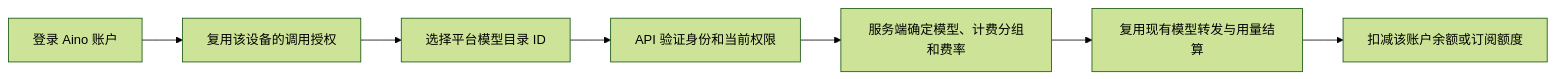
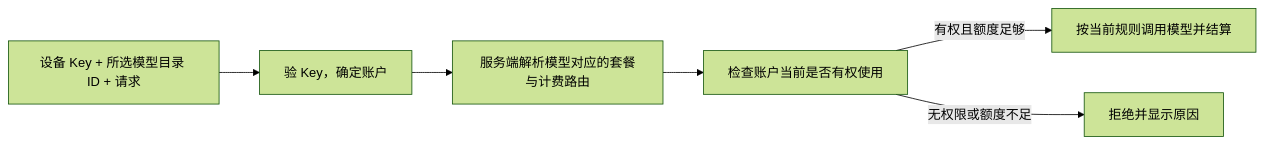
One commit to OneWhitepaper/Aino changed the diagram in docs/aino-platform/account-direct-model-access-proposal.md. Above: the diagram before and after it, drawn with Mermaid (forest theme). The commit also changed other lines of this file, not shown here.

Commit message:
docs(auth): plan one permanent key per device with request billing

````diff
--- a/docs/aino-platform/account-direct-model-access-proposal.md
+++ b/docs/aino-platform/account-direct-model-access-proposal.md
@@ -59,9 +15,8 @@
 ```mermaid
 flowchart LR
-    A[登录 Aino 账户] --> B[复用该设备的调用授权]
-    B --> C[选择平台模型目录 ID]
-    C --> D[API 验证身份和当前权限]
-    D --> E[服务端确定模型、计费分组和费率]
-    E --> F[复用现有模型转发与用量结算]
-    F --> G[扣减该账户余额或订阅额度]
+    A[设备 Key + 所选模型目录 ID + 请求] --> B[验 Key，确定账户]
+    B --> C[服务端解析模型对应的套餐与计费路由]
+    C --> D[检查账户当前是否有权使用]
+    D -->|有权且额度足够| E[按当前规则调用模型并结算]
+    D -->|无权限或额度不足| F[拒绝并显示原因]
 ```
````
